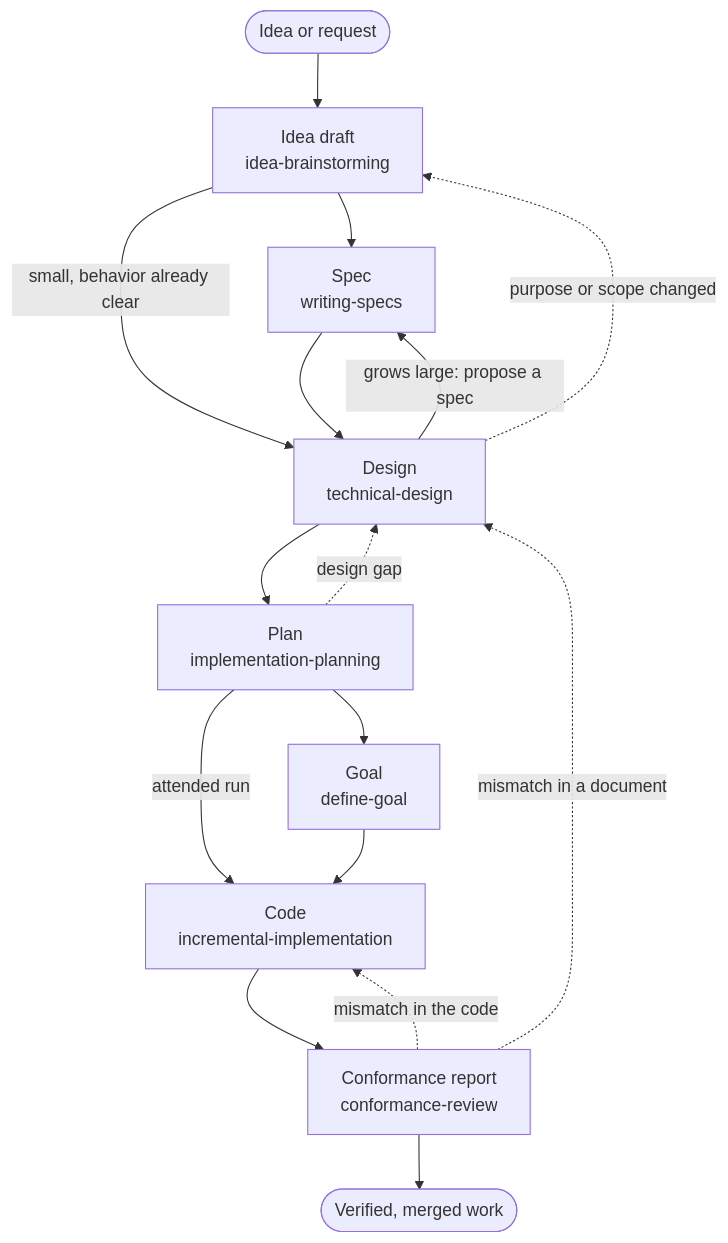
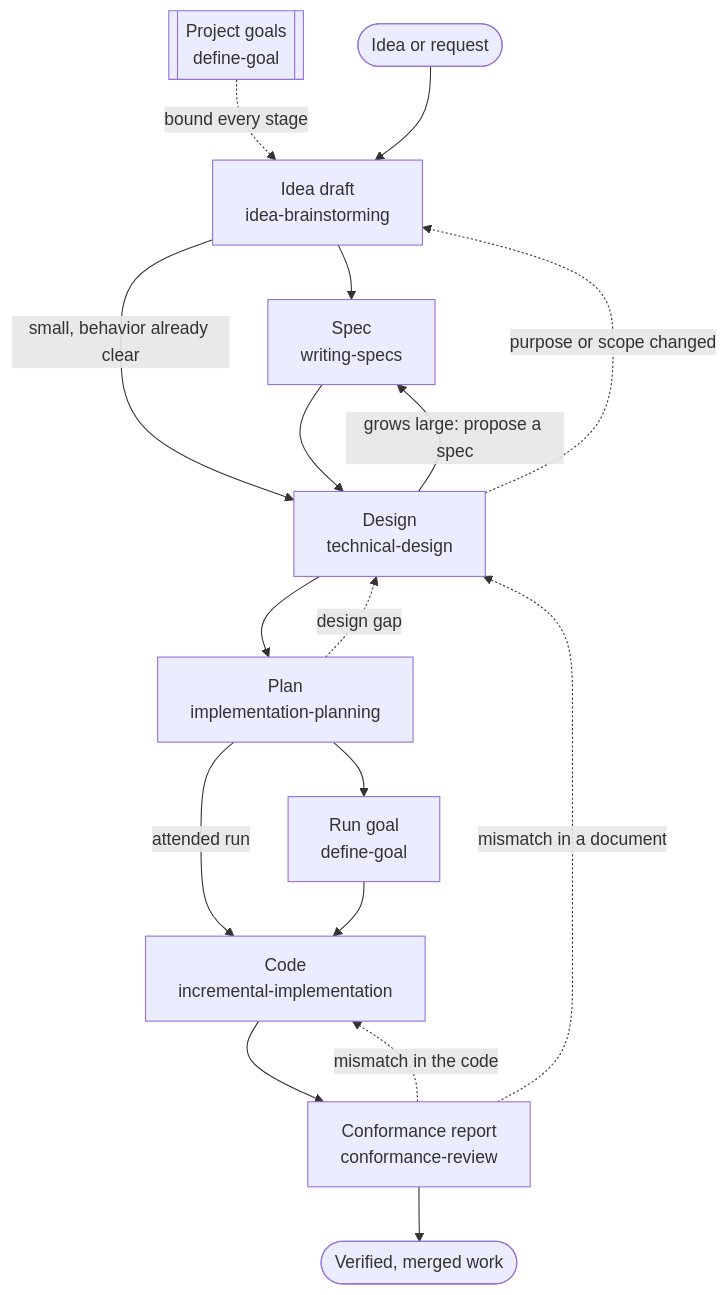
The diagram in engineering/README.md (jonatsu/agent-skills), drawn with Mermaid before and after one commit. The commit also changed other lines of this file and 3 other files, not shown here.

First line of the commit message:
docs(engineering): place project goals above the pipeline

````diff
--- a/engineering/README.md
+++ b/engineering/README.md
@@ -31,19 +32,20 @@
 ```mermaid
 flowchart TD
+    goals[[Project goals<br/>define-goal]] -.->|bound every stage| draft
     idea([Idea or request]) --> draft[Idea draft<br/>idea-brainstorming]
     draft --> spec[Spec<br/>writing-specs]
     draft -->|small, behavior already clear| design
     spec --> design[Design<br/>technical-design]
     design -->|grows large: propose a spec| spec
     design --> plan[Plan<br/>implementation-planning]
-    plan --> goal[Goal<br/>define-goal]
+    plan --> goal[Run goal<br/>define-goal]
     plan -->|attended run| code
     goal --> code[Code<br/>incremental-implementation]
     code --> report[Conformance report<br/>conformance-review]
     report --> done([Verified, merged work])
 
     report -.->|mismatch in the code| code
     report -.->|mismatch in a document| design
     plan -.->|design gap| design
     design -.->|purpose or scope changed| draft
 ```
````
